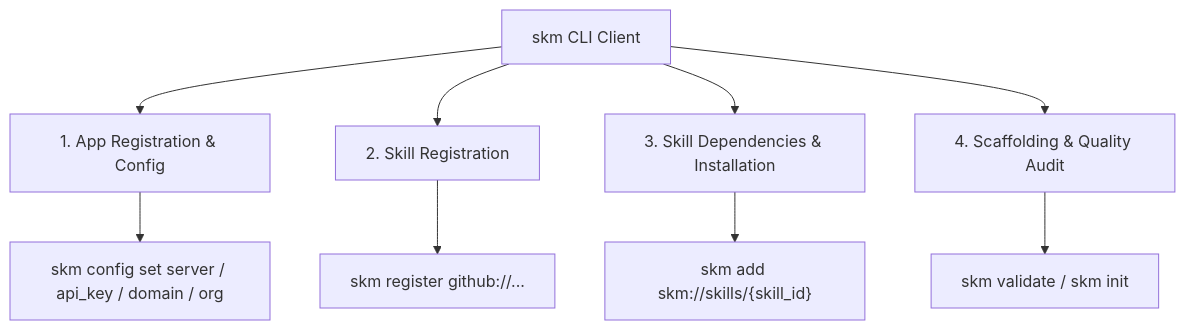
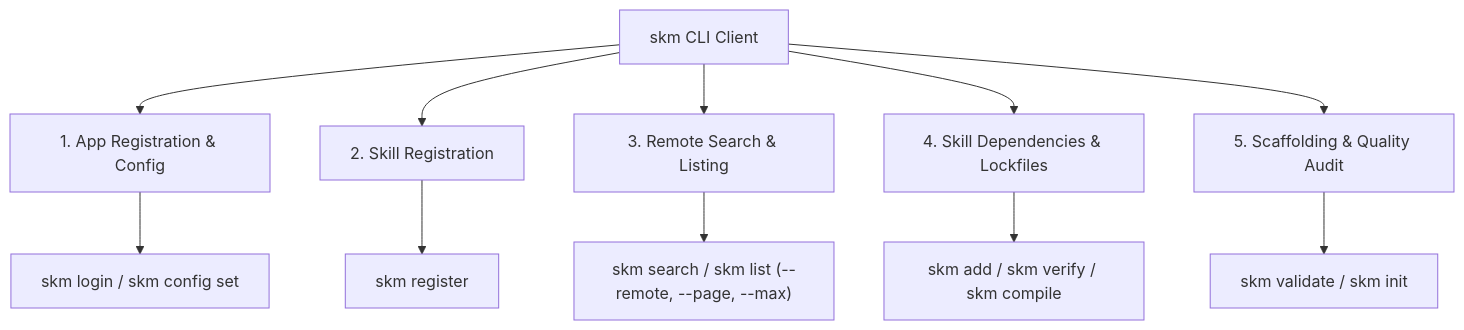
The diagram in docs/content/cli/_index.md (retail-cortex/skills), drawn with Mermaid before and after one commit. The commit also changed other lines of this file and 166 other files, not shown here.

````diff
--- a/docs/content/cli/_index.md
+++ b/docs/content/cli/_index.md
@@ -14,12 +14,14 @@
 ```mermaid
 graph TD
     A[skm CLI Client] --> B[1. App Registration & Config]
     A --> C[2. Skill Registration]
-    A --> D[3. Skill Dependencies & Installation]
-    A --> E[4. Scaffolding & Quality Audit]
+    A --> D[3. Remote Search & Listing]
+    A --> E[4. Skill Dependencies & Lockfiles]
+    A --> F[5. Scaffolding & Quality Audit]
 
-    B --> B1["skm config set server / api_key / domain / org"]
-    C --> C1["skm register github://..."]
-    D --> D1["skm add skm://skills/{skill_id}"]
-    E --> E1["skm validate / skm init"]
+    B --> B1["skm login <email> / skm config set"]
+    C --> C1["skm register <source_uri>"]
+    D --> D1["skm search / skm list (--remote, --page, --max)"]
+    E --> E1["skm add / skm verify / skm compile"]
+    F --> F1["skm validate / skm init"]
 ```
````
